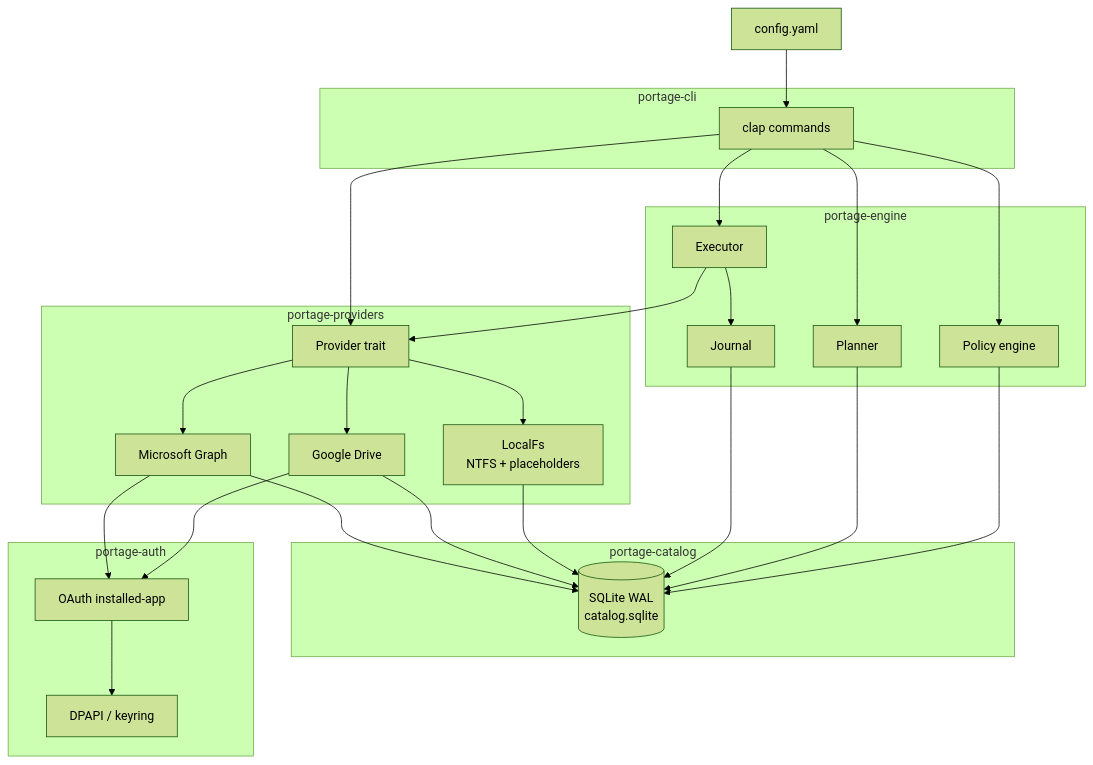
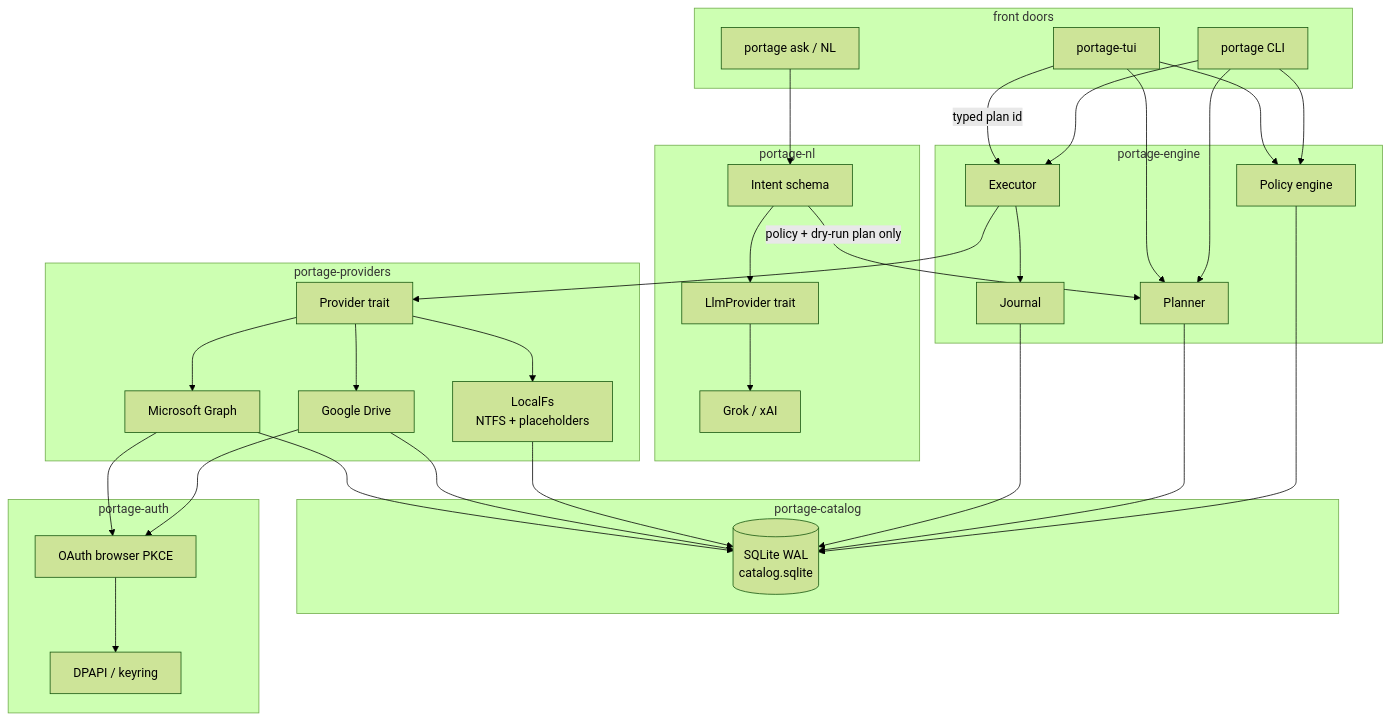
Before and after one commit to lundgren-greg/file-portage: the first of 2 diagrams in docs/design.md, drawn with Mermaid (forest theme). The commit also changed other lines of this file and 4 other files, not shown here.

First line of the commit message:
docs: record user decisions — Grok front door, TUI after safety, no-data-loss P0.

````diff
--- a/docs/design.md
+++ b/docs/design.md
@@ -120,49 +137,62 @@
 ```mermaid
 flowchart TB
-  subgraph cli [portage-cli]
-    CMD[clap commands]
+  subgraph fronts [front doors]
+    CMD[portage CLI]
+    TUI[portage-tui]
+    ASK[portage ask / NL]
+  end
+
+  subgraph nl [portage-nl]
+    INT[Intent schema]
+    LLM[LlmProvider trait]
+    GROK[Grok / xAI]
   end
 
   subgraph engine [portage-engine]
     POL[Policy engine]
     PLN[Planner]
     JRN[Journal]
     EXE[Executor]
   end
 
   subgraph catalog [portage-catalog]
     DB[(SQLite WAL<br/>catalog.sqlite)]
   end
 
   subgraph providers [portage-providers]
     TRAIT[Provider trait]
     LOCAL[LocalFs<br/>NTFS + placeholders]
     GD[Google Drive]
     OD[Microsoft Graph]
   end
 
   subgraph auth [portage-auth]
-    OAUTH[OAuth installed-app]
+    OAUTH[OAuth browser PKCE]
     KR[DPAPI / keyring]
   end
 
-  CFG[config.yaml] --> CMD
+  ASK --> INT
+  INT --> LLM
+  LLM --> GROK
+  INT -->|"policy + dry-run plan only"| PLN
   CMD --> POL
   CMD --> PLN
   CMD --> EXE
-  CMD --> TRAIT
+  TUI --> POL
+  TUI --> PLN
+  TUI -->|"typed plan id"| EXE
   POL --> DB
   PLN --> DB
   EXE --> JRN
   JRN --> DB
   EXE --> TRAIT
   TRAIT --> LOCAL
   TRAIT --> GD
   TRAIT --> OD
   GD --> OAUTH
   OD --> OAUTH
   OAUTH --> KR
   LOCAL --> DB
   GD --> DB
   OD --> DB
 ```
````
